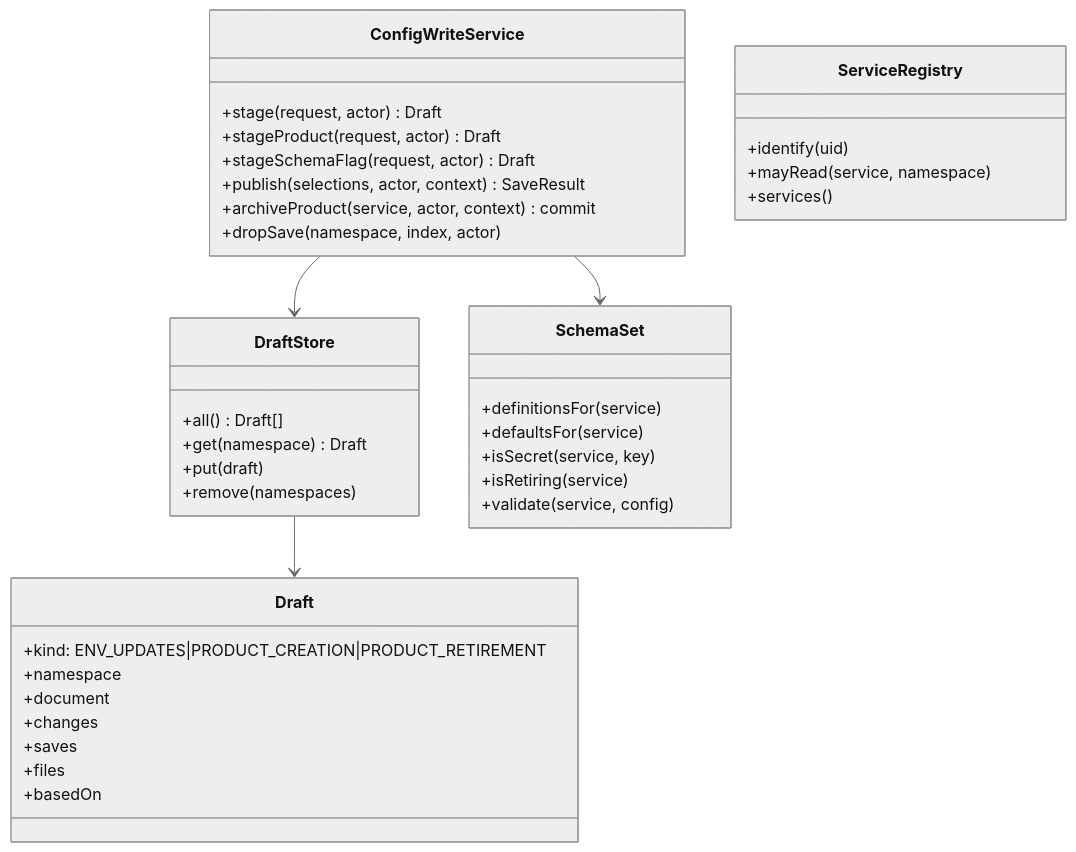
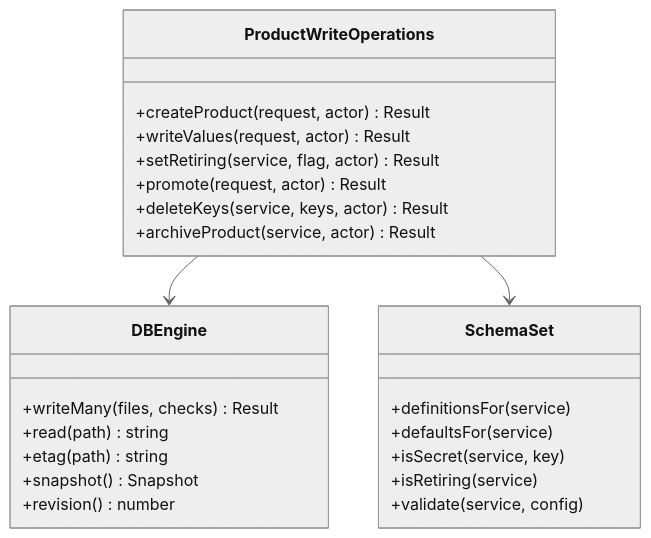
One commit to AnudeepChPaul/config.anudeep.pro changed the first of 2 diagrams in docs/system-design.md. Above: the diagram before and after it, drawn with Mermaid (neutral theme). The commit also changed other lines of this file and 109 other files, not shown here.

````diff
--- a/docs/system-design.md
+++ b/docs/system-design.md
@@ -59,41 +63,27 @@
 ```mermaid
 classDiagram
-    class ConfigWriteService {
-        +stage(request, actor) Draft
-        +stageProduct(request, actor) Draft
-        +stageSchemaFlag(request, actor) Draft
-        +publish(selections, actor, context) SaveResult
-        +archiveProduct(service, actor, context) commit
-        +dropSave(namespace, index, actor)
+    class ProductWriteOperations {
+        +createProduct(request, actor) Result
+        +writeValues(request, actor) Result
+        +setRetiring(service, flag, actor) Result
+        +promote(request, actor) Result
+        +deleteKeys(service, keys, actor) Result
+        +archiveProduct(service, actor) Result
     }
-    class DraftStore {
-        +all() Draft[]
-        +get(namespace) Draft
-        +put(draft)
-        +remove(namespaces)
-    }
-    class Draft {
-        +kind: ENV_UPDATES|PRODUCT_CREATION|PRODUCT_RETIREMENT
-        +namespace
-        +document
-        +changes
-        +saves
-        +files
-        +basedOn
+    class DBEngine {
+        +writeMany(files, checks) Result
+        +read(path) string
+        +etag(path) string
+        +snapshot() Snapshot
+        +revision() number
     }
     class SchemaSet {
         +definitionsFor(service)
         +defaultsFor(service)
         +isSecret(service, key)
         +isRetiring(service)
         +validate(service, config)
     }
-    class ServiceRegistry {
-        +identify(uid)
-        +mayRead(service, namespace)
-        +services()
-    }
-    ConfigWriteService --> DraftStore
-    ConfigWriteService --> SchemaSet
-    DraftStore --> Draft
+    ProductWriteOperations --> DBEngine
+    ProductWriteOperations --> SchemaSet
 ```
````
